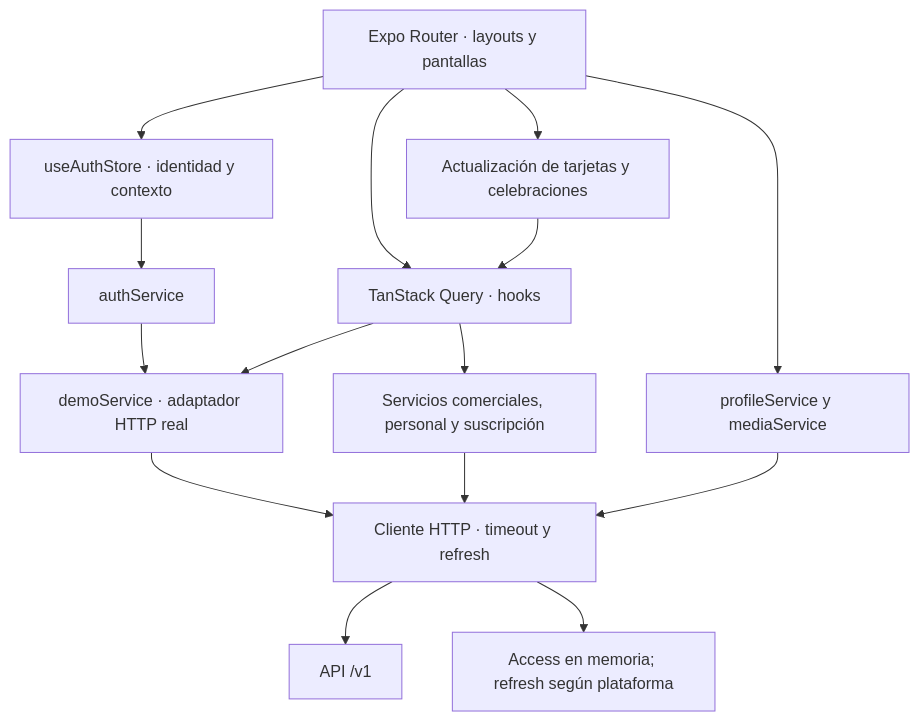
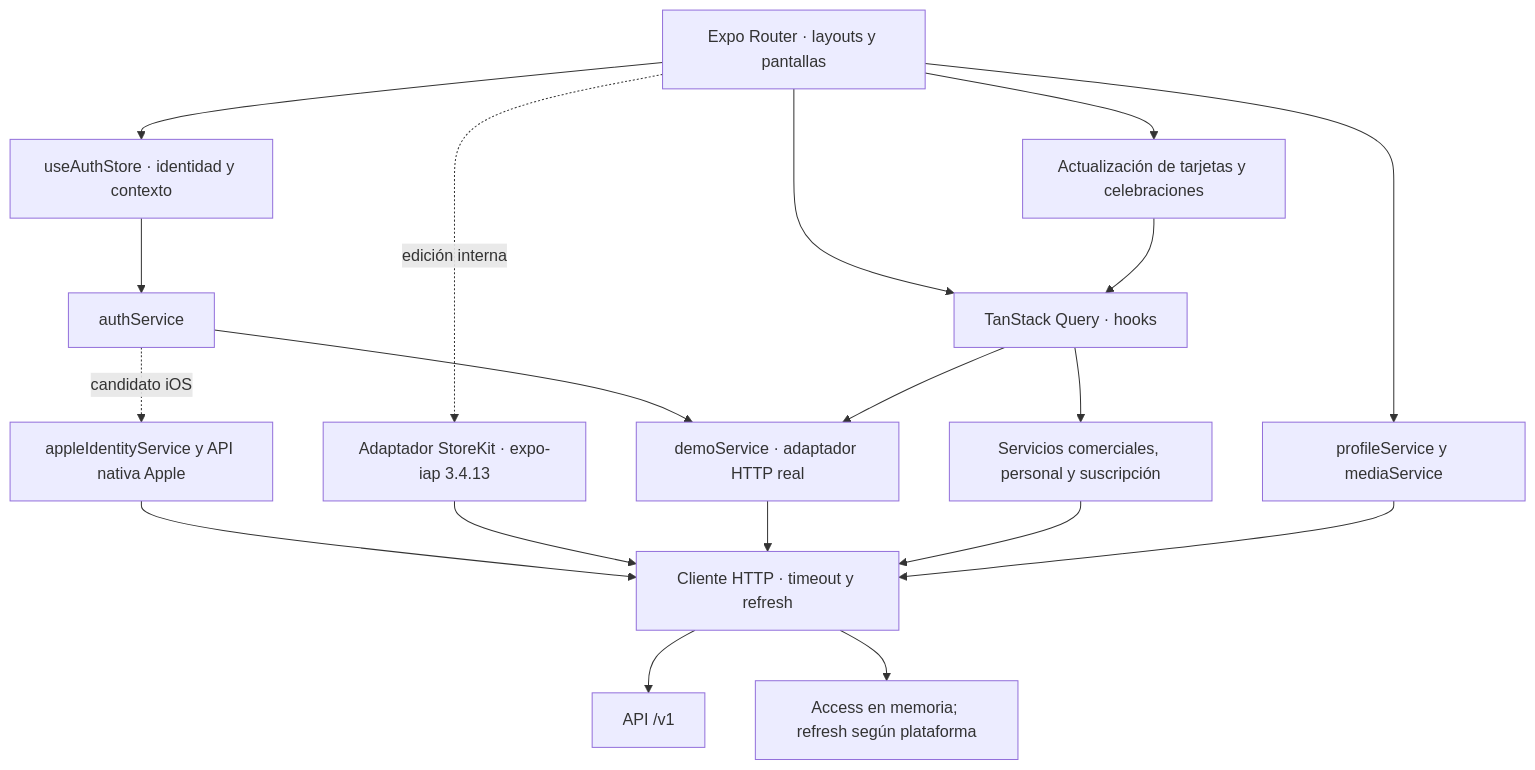
Before and after one commit to gagonzalez1/puntazo-docs: the diagram in docs/architecture/03-frontend-components.md, drawn with Mermaid. The commit also changed other lines of this file and 16 other files, not shown here.

````diff
--- a/docs/architecture/03-frontend-components.md
+++ b/docs/architecture/03-frontend-components.md
@@ -19,17 +21,21 @@
 ```mermaid
 flowchart TD
  R[Expo Router · layouts y pantallas] --> AUTH[useAuthStore · identidad y contexto]
  AUTH --> AS[authService]
  AS --> DS[demoService · adaptador HTTP real]
+ AS -. candidato iOS .-> AID[appleIdentityService y API nativa Apple]
+ AID --> HTTP
+ R -. edición interna .-> IAP[Adaptador StoreKit · expo-iap 3.4.13]
+ IAP --> HTTP
  R --> Q[TanStack Query · hooks]
  Q --> DS
  Q --> MS[Servicios comerciales, personal y suscripción]
  R --> PS[profileService y mediaService]
  R --> EV[Actualización de tarjetas y celebraciones]
  EV --> Q
  DS --> HTTP[Cliente HTTP · timeout y refresh]
  MS --> HTTP
  PS --> HTTP
  HTTP --> API[API /v1]
  HTTP --> TS[Access en memoria; refresh según plataforma]
 ```
````
